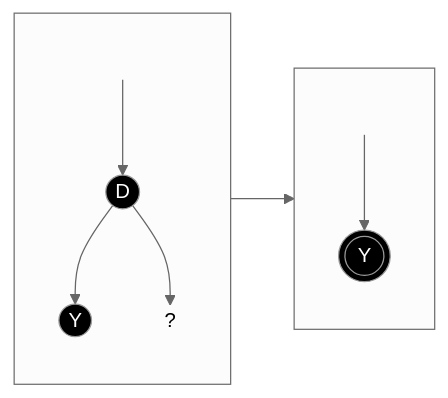
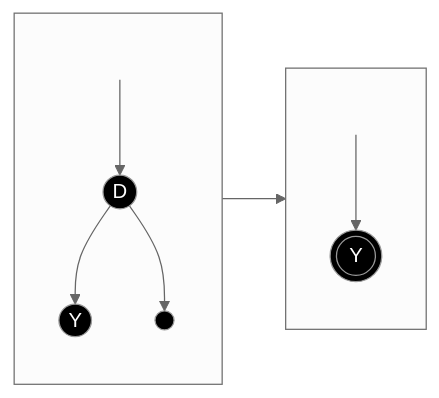
Before and after one commit to MatteoGalletta/university: the third of 10 diagrams in 2101 Algoritmi/in-class notes/2023-11-02 - RBT (delete).md, drawn with Mermaid (neutral theme). The commit also changed 7 other files, not shown here.

````diff
--- a/2101 Algoritmi/in-class notes/2023-11-02 - RBT (delete).md
+++ b/2101 Algoritmi/in-class notes/2023-11-02 - RBT (delete).md
@@ -78,20 +78,20 @@
 ```mermaid
 graph LR;
 subgraph before[ ]
 D((D))-->Y((Y))
 START(( ))-->D
-D-->END((?))
+D-->NIL(( ))
 
 style Y fill:BLACK,color:WHITE
 style D fill:BLACK,color:WHITE
+style NIL fill:BLACK,color:WHITE
 style START visibIlity:hidden
-style END visibIlity:hidden
 end
 before-->after
 subgraph after[ ]
 START1(( ))-->Y1(((Y)))
 
 style START1 visibility:hidden
 style Y1 fill:BLACK,color:WHITE
 end
 ```
````
